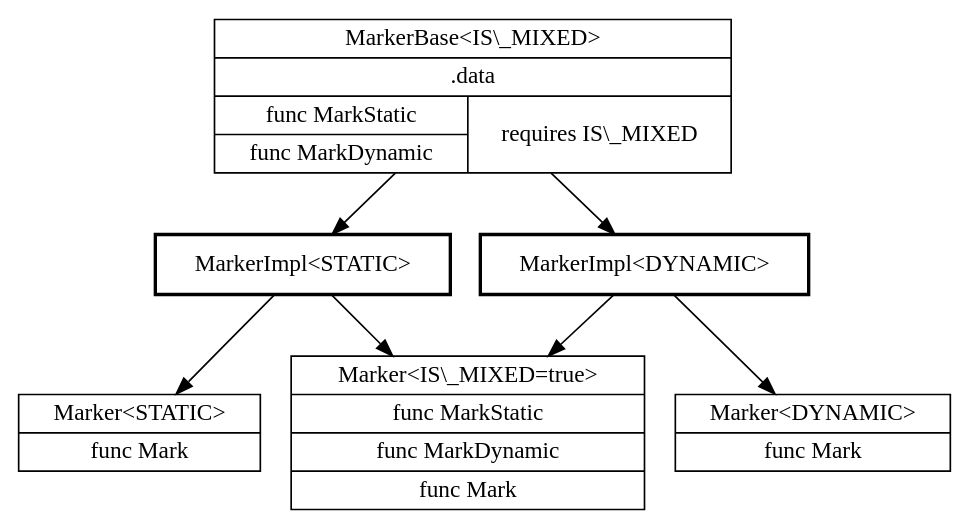
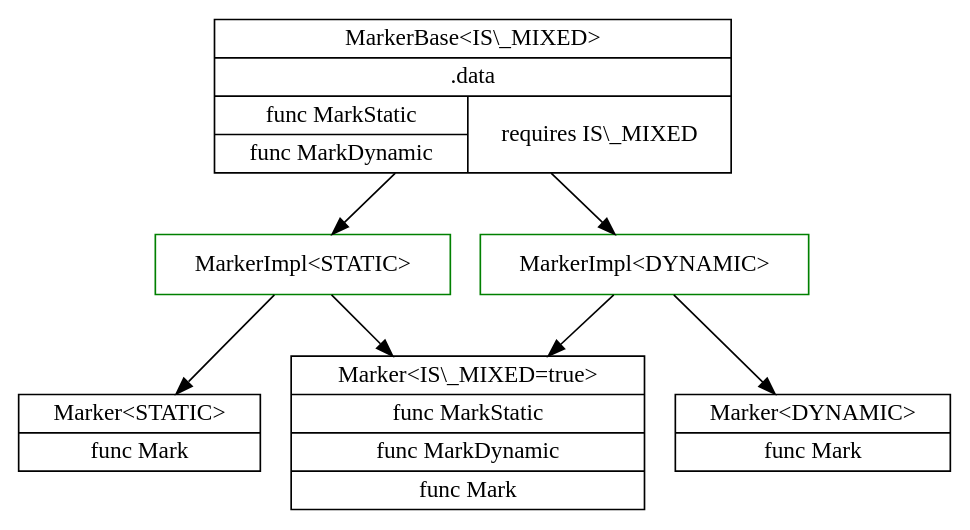
One commit to kp2pml30/bachelor-thesis changed the diagram in res/dot/marker_new.dot. Above: the diagram before and after it, drawn with Graphviz. The commit also changed 2 other files, not shown here.

```diff
--- a/res/dot/marker_new.dot
+++ b/res/dot/marker_new.dot
@@ -1,15 +1,15 @@
 digraph G {
 	node [shape="record"];
 	base [label="{MarkerBase&lt;IS\\_MIXED&gt;|.data|{{func MarkStatic|func MarkDynamic}|requires IS\\_MIXED}}"];
-	markers [label="MarkerImpl&lt;STATIC&gt;", penwidth=2];
-	markerd [label="MarkerImpl&lt;DYNAMIC&gt;", penwidth=2];
+	markers [label="MarkerImpl&lt;STATIC&gt;", color=green];
+	markerd [label="MarkerImpl&lt;DYNAMIC&gt;", color=green];
 	markerm [label="{Marker&lt;IS\\_MIXED=true&gt;|func MarkStatic|func MarkDynamic|func Mark}"];
 	base -> markers;
 	base -> markerd;
 	markers -> markerm;
 	markerd -> markerm;
 	markerms [label="{Marker&lt;STATIC&gt;|func Mark}"];
 	markermd [label="{Marker&lt;DYNAMIC&gt;|func Mark}"];
 	markers -> markerms;
 	markerd -> markermd;
 }
```
